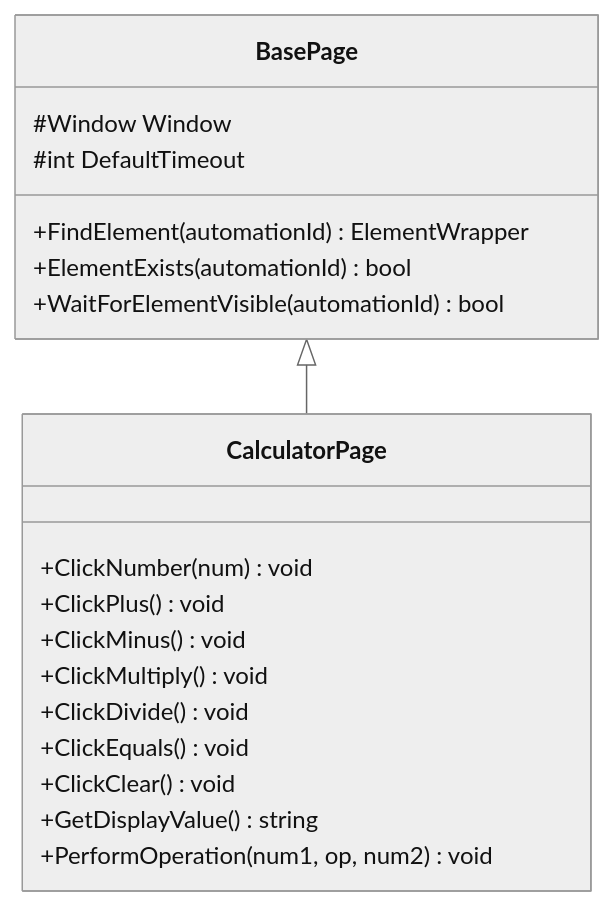
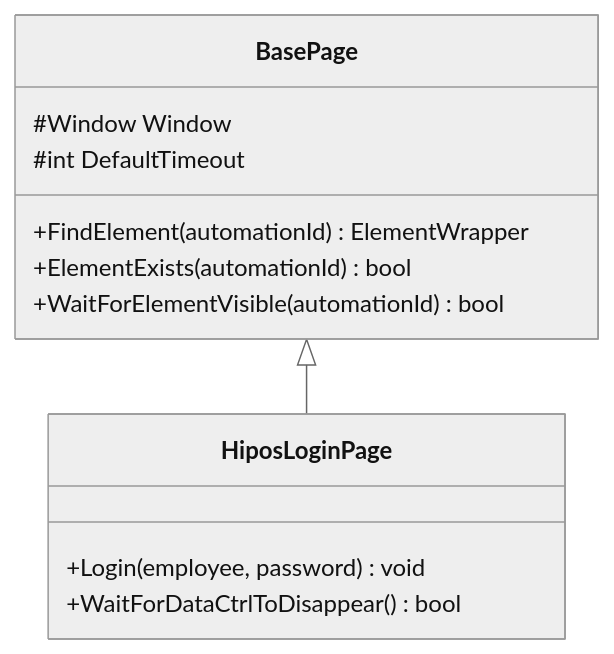
Before and after one commit to Akradeveloper/Hipos: the second of 6 diagrams in website/docs/architecture.md, drawn with Mermaid (neutral theme). The commit also changed other lines of this file and 15 other files, not shown here.

````diff
--- a/website/docs/architecture.md
+++ b/website/docs/architecture.md
@@ -134,24 +105,17 @@
 ```mermaid
 classDiagram
     class BasePage {
         #Window Window
         #int DefaultTimeout
         +FindElement(automationId) ElementWrapper
         +ElementExists(automationId) bool
         +WaitForElementVisible(automationId) bool
     }
     
-    class CalculatorPage {
-        +ClickNumber(num) void
-        +ClickPlus() void
-        +ClickMinus() void
-        +ClickMultiply() void
-        +ClickDivide() void
-        +ClickEquals() void
-        +ClickClear() void
-        +GetDisplayValue() string
-        +PerformOperation(num1, op, num2) void
+    class HiposLoginPage {
+        +Login(employee, password) void
+        +WaitForDataCtrlToDisappear() bool
     }
     
-    BasePage <|-- CalculatorPage
+    BasePage <|-- HiposLoginPage
 ```
````
